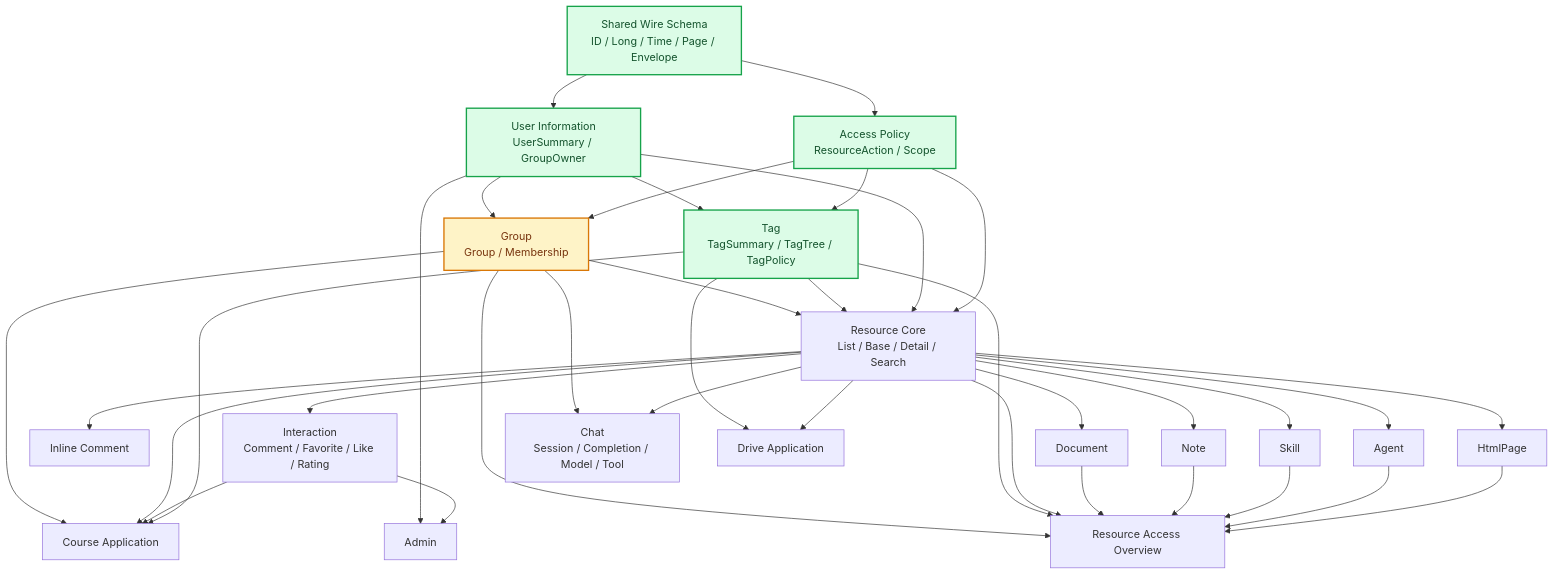
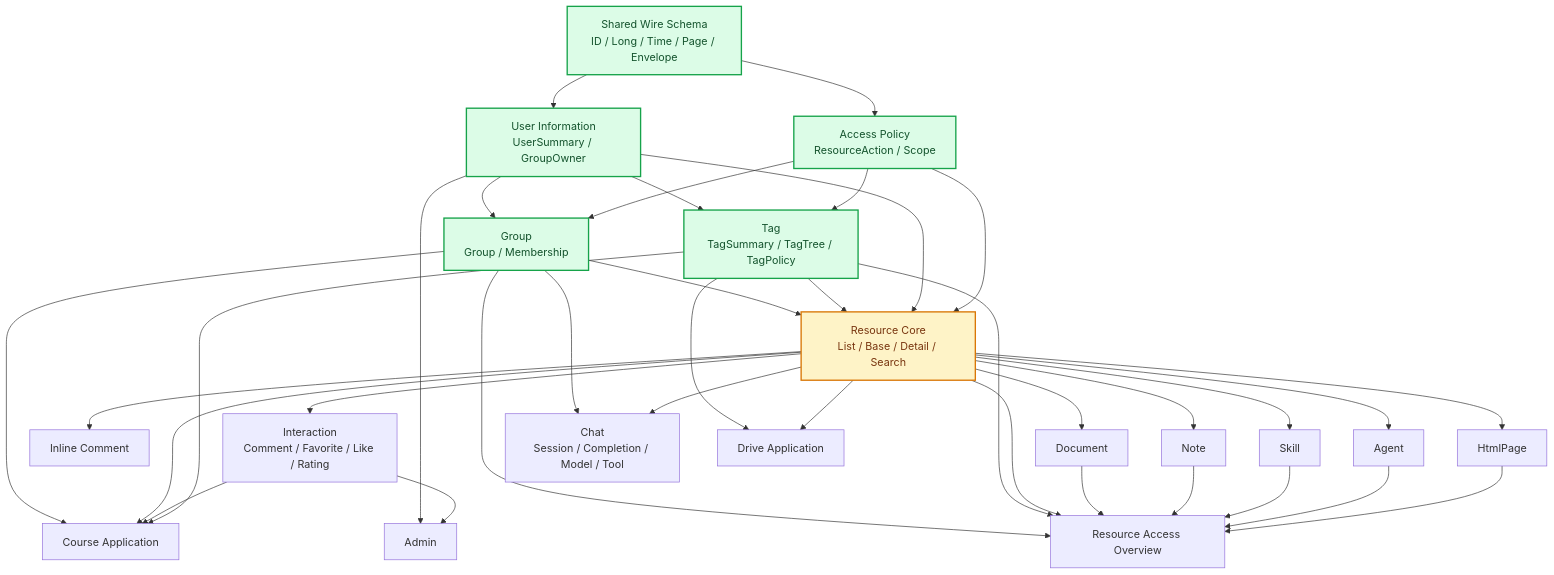
Before and after one commit to Oriole-FDU/WisePenView: the diagram in agent/docs/schema-contract-roadmap.md, drawn with Mermaid. The commit also changed other lines of this file and 23 other files, not shown here.

Commit message:
refactor(group): 接入小组 Schema 契约并收束 mapper

````diff
--- a/agent/docs/schema-contract-roadmap.md
+++ b/agent/docs/schema-contract-roadmap.md
@@ -36,62 +36,62 @@
 ```mermaid
 flowchart TD
   W[Shared Wire Schema<br/>ID / Long / Time / Page / Envelope]
   A[Access Policy<br/>ResourceAction / Scope]
   U[User Information<br/>UserSummary / GroupOwner]
   G[Group<br/>Group / Membership]
   T[Tag<br/>TagSummary / TagTree / TagPolicy]
   R[Resource Core<br/>List / Base / Detail / Search]
   I[Interaction<br/>Comment / Favorite / Like / Rating]
   C[Inline Comment]
   D[Document]
   N[Note]
   S[Skill]
   AG[Agent]
   H[HtmlPage]
   CH[Chat<br/>Session / Completion / Model / Tool]
   CO[Course Application]
   DR[Drive Application]
   RA[Resource Access Overview]
   AD[Admin]
 
   W --> A
   W --> U
   U --> G
   A --> G
   U --> T
   A --> T
   G --> R
   T --> R
   U --> R
   A --> R
   R --> I
   R --> C
   R --> D
   R --> N
   R --> S
   R --> AG
   R --> H
   G --> CH
   R --> CH
   G --> CO
   R --> CO
   I --> CO
   T --> CO
   T --> DR
   R --> DR
   G --> RA
   T --> RA
   R --> RA
   D --> RA
   N --> RA
   S --> RA
   AG --> RA
   H --> RA
   U --> AD
   I --> AD
 
   classDef completed fill:#dcfce7,stroke:#16a34a,color:#14532d,stroke-width:2px
   classDef next fill:#fef3c7,stroke:#d97706,color:#78350f,stroke-width:2px
-  class W,A,U,T completed
-  class G next
+  class W,A,U,T,G completed
+  class R next
 ```
````
